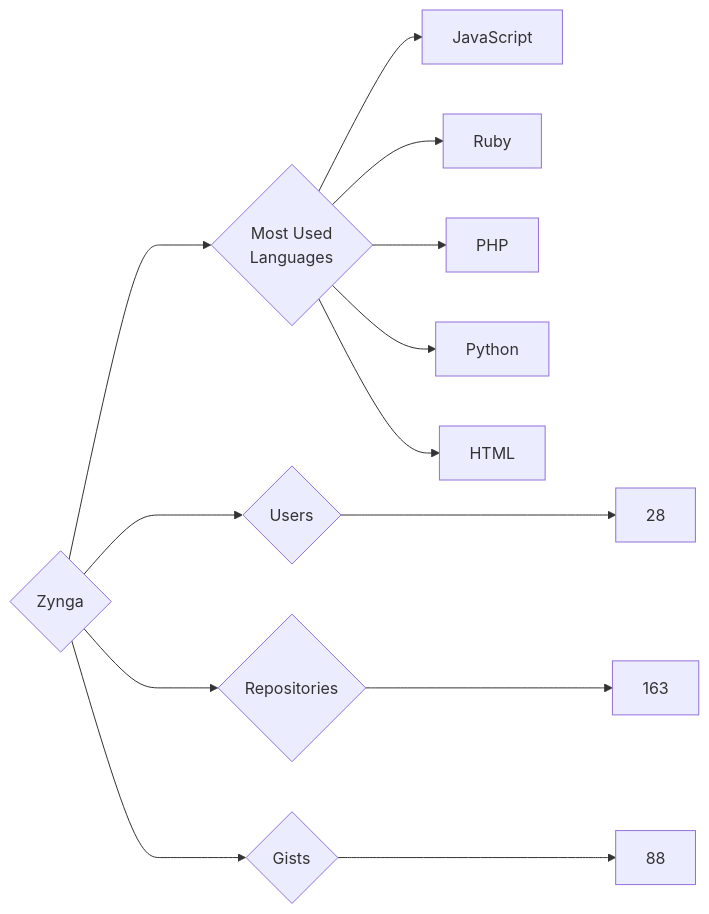
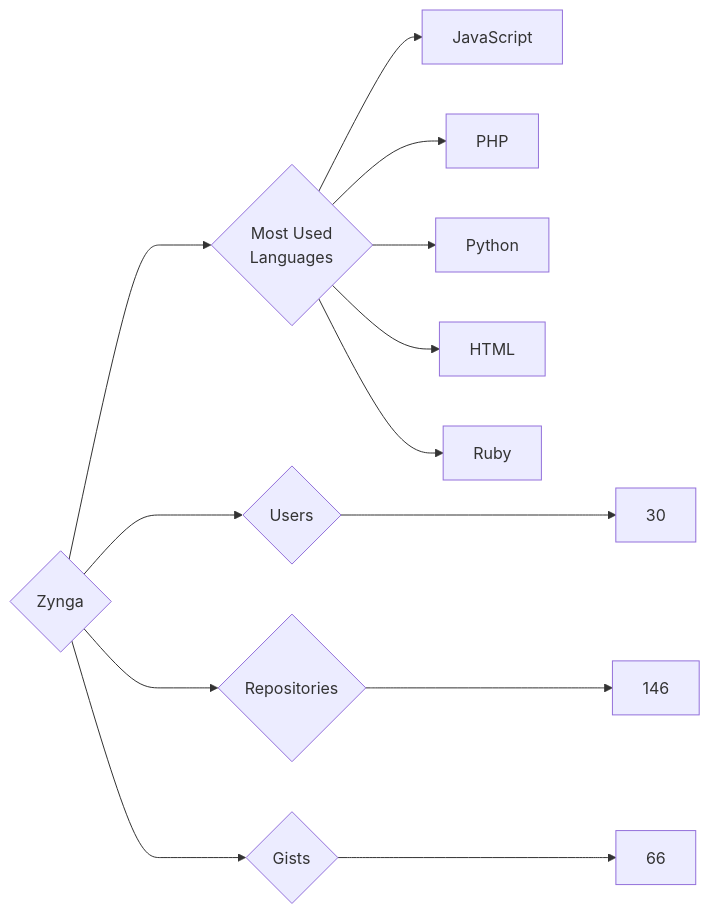
The diagram in targets/Zynga/README.md (trickest/insiders), drawn with Mermaid before and after one commit. The commit also changed 953 other files, not shown here.

````diff
--- a/targets/Zynga/README.md
+++ b/targets/Zynga/README.md
@@ -3,13 +3,13 @@
 ```mermaid
 graph LR
 COMPANY_NAME{Zynga}
-COMPANY_NAME ---> U{Users} ---> UN[28]
-COMPANY_NAME ---> R{Repositories} ---> RN[163]
-COMPANY_NAME ---> G{Gists} ---> GN[88]
+COMPANY_NAME ---> U{Users} ---> UN[30]
+COMPANY_NAME ---> R{Repositories} ---> RN[146]
+COMPANY_NAME ---> G{Gists} ---> GN[66]
 COMPANY_NAME ---> ML{Most Used<br>Languages}
 ML --> JavaScript[JavaScript]
-ML --> Ruby[Ruby]
 ML --> PHP[PHP]
 ML --> Python[Python]
 ML --> HTML[HTML]
+ML --> Ruby[Ruby]
 ```
````
